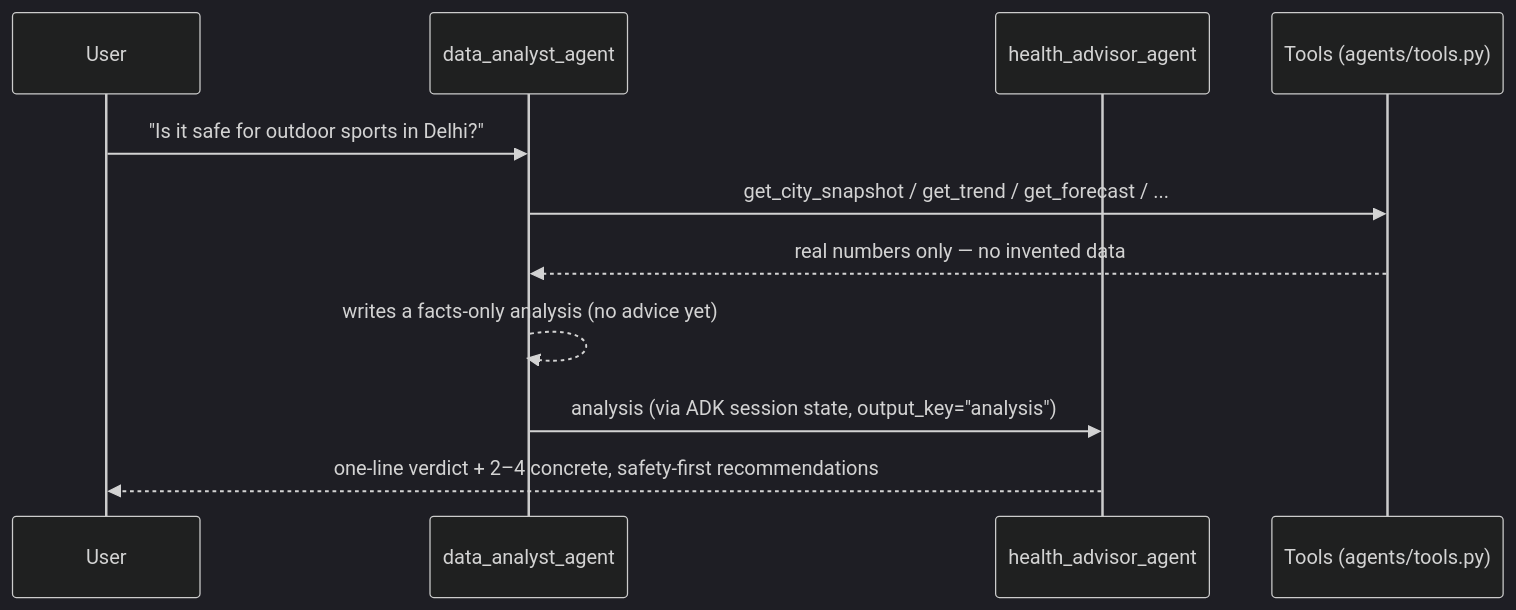
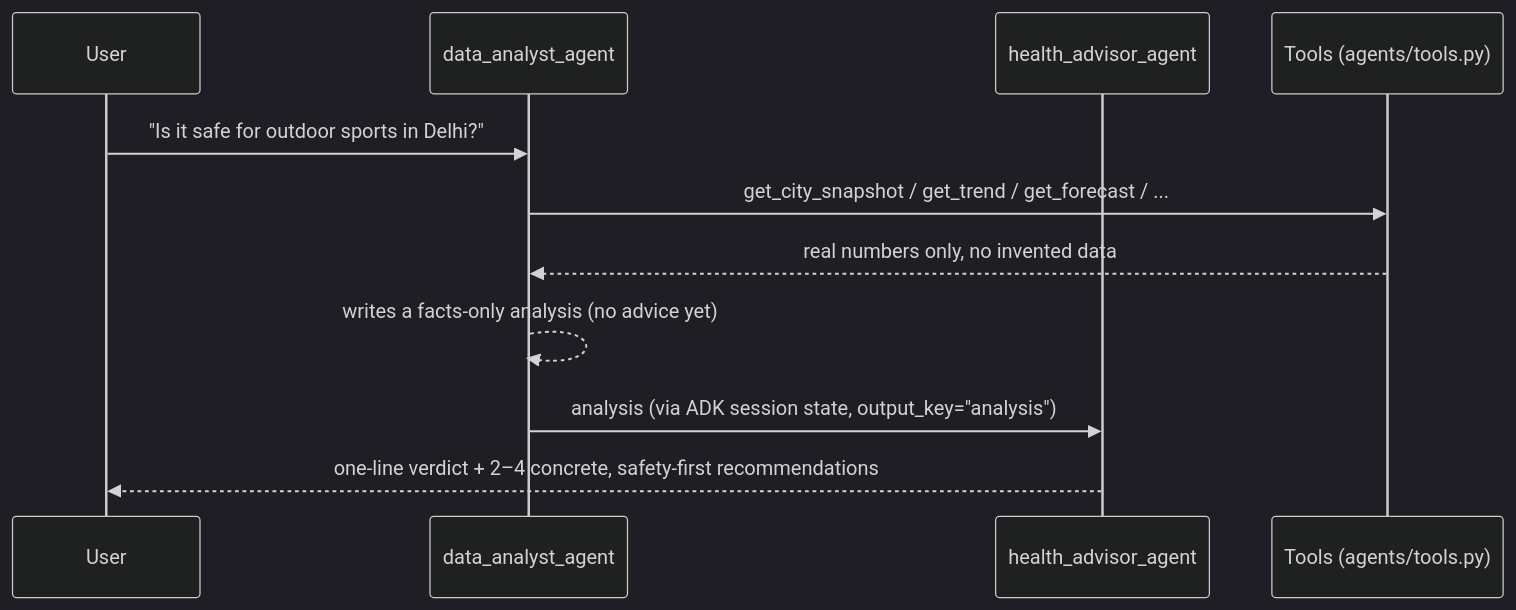
Before and after one commit to anshul23102/vayusense: the second of 2 diagrams in README.md, drawn with Mermaid (dark theme). The commit also changed other lines of this file, not shown here.

````diff
--- a/README.md
+++ b/README.md
@@ -217,14 +217,14 @@
 ```mermaid
 sequenceDiagram
     participant U as User
     participant DA as data_analyst_agent
     participant HA as health_advisor_agent
     participant T as Tools (agents/tools.py)
 
     U->>DA: "Is it safe for outdoor sports in Delhi?"
     DA->>T: get_city_snapshot / get_trend / get_forecast / ...
-    T-->>DA: real numbers only — no invented data
+    T-->>DA: real numbers only, no invented data
     DA-->>DA: writes a facts-only analysis (no advice yet)
     DA->>HA: analysis (via ADK session state, output_key="analysis")
     HA-->>U: one-line verdict + 2–4 concrete, safety-first recommendations
 ```
````
